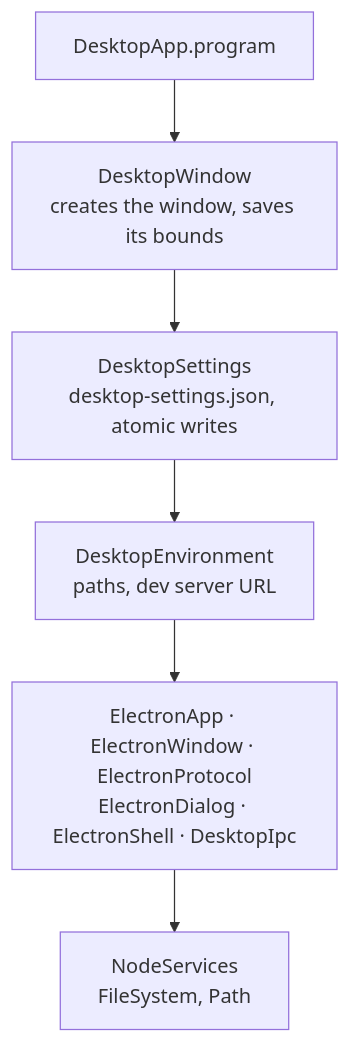
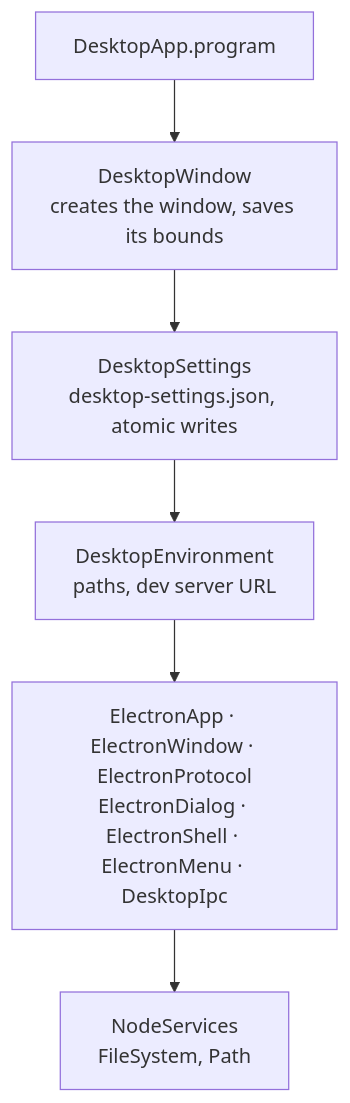
One commit to ballest-editor/ballest-editor changed the third of 3 diagrams in apps/desktop/README.md. Above: the diagram before and after it, drawn with Mermaid. The commit also changed other lines of this file and 40 other files, not shown here.

````diff
--- a/apps/desktop/README.md
+++ b/apps/desktop/README.md
@@ -89,8 +89,8 @@
 ```mermaid
 flowchart TB
   program[DesktopApp.program] --> window[DesktopWindow<br/>creates the window, saves its bounds]
   window --> settings[DesktopSettings<br/>desktop-settings.json, atomic writes]
   settings --> env[DesktopEnvironment<br/>paths, dev server URL]
-  env --> electron["ElectronApp · ElectronWindow · ElectronProtocol<br/>ElectronDialog · ElectronShell · DesktopIpc"]
+  env --> electron["ElectronApp · ElectronWindow · ElectronProtocol<br/>ElectronDialog · ElectronShell · ElectronMenu · DesktopIpc"]
   electron --> node[NodeServices<br/>FileSystem, Path]
 ```
````
